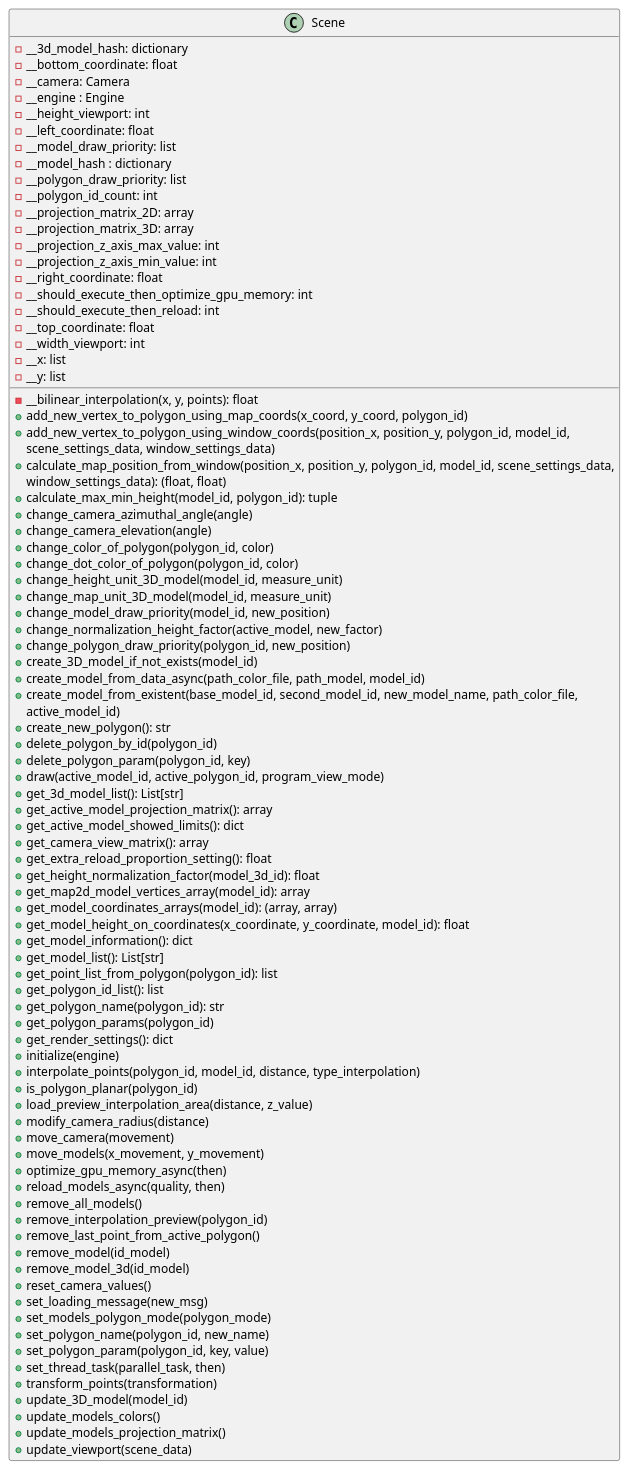
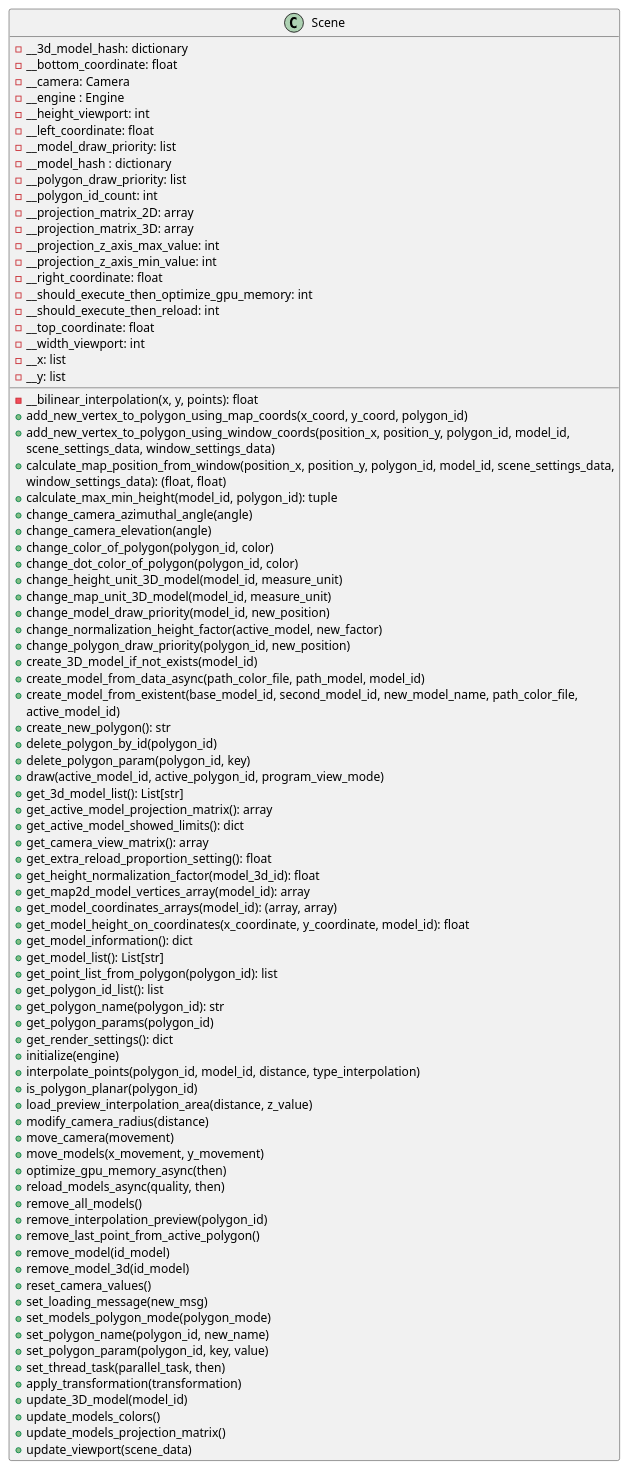
The diagram in docs/classes/Scene.puml (SergioAlvarezM/Proyecto_de_Memoria), drawn with PlantUML before and after one commit. The commit also changed 10 other files, not shown here.

Commit message:
Refactor transform_points method to apply_transformation.

```diff
--- a/docs/classes/Scene.puml
+++ b/docs/classes/Scene.puml
@@ -1,91 +1,91 @@
 @startuml
             class Scene{
                 - __bilinear_interpolation(x, y, points): float
                 + add_new_vertex_to_polygon_using_map_coords(x_coord, y_coord, polygon_id)
                 + add_new_vertex_to_polygon_using_window_coords(position_x, position_y, polygon_id, model_id,
                                                                 scene_settings_data, window_settings_data)
                 + calculate_map_position_from_window(position_x, position_y, polygon_id, model_id, scene_settings_data,
                                                        window_settings_data): (float, float)
                 + calculate_max_min_height(model_id, polygon_id): tuple
                 + change_camera_azimuthal_angle(angle)
                 + change_camera_elevation(angle)
                 + change_color_of_polygon(polygon_id, color)
                 + change_dot_color_of_polygon(polygon_id, color)
                 + change_height_unit_3D_model(model_id, measure_unit)
                 + change_map_unit_3D_model(model_id, measure_unit)
                 + change_model_draw_priority(model_id, new_position)
                 + change_normalization_height_factor(active_model, new_factor)
                 + change_polygon_draw_priority(polygon_id, new_position)
                 + create_3D_model_if_not_exists(model_id)
                 + create_model_from_data_async(path_color_file, path_model, model_id)
                 + create_model_from_existent(base_model_id, second_model_id, new_model_name, path_color_file,
                                               active_model_id)
                 + create_new_polygon(): str
                 + delete_polygon_by_id(polygon_id)
                 + delete_polygon_param(polygon_id, key)
                 + draw(active_model_id, active_polygon_id, program_view_mode)
                 + get_3d_model_list(): List[str]
                 + get_active_model_projection_matrix(): array
                 + get_active_model_showed_limits(): dict
                 + get_camera_view_matrix(): array
                 + get_extra_reload_proportion_setting(): float
                 + get_height_normalization_factor(model_3d_id): float
                 + get_map2d_model_vertices_array(model_id): array
                 + get_model_coordinates_arrays(model_id): (array, array)
                 + get_model_height_on_coordinates(x_coordinate, y_coordinate, model_id): float
                 + get_model_information(): dict
                 + get_model_list(): List[str]
                 + get_point_list_from_polygon(polygon_id): list
                 + get_polygon_id_list(): list
                 + get_polygon_name(polygon_id): str
                 + get_polygon_params(polygon_id)
                 + get_render_settings(): dict
                 + initialize(engine)
                 + interpolate_points(polygon_id, model_id, distance, type_interpolation)
                 + is_polygon_planar(polygon_id)
                 + load_preview_interpolation_area(distance, z_value)
                 + modify_camera_radius(distance)
                 + move_camera(movement)
                 + move_models(x_movement, y_movement)
                 + optimize_gpu_memory_async(then)
                 + reload_models_async(quality, then)
                 + remove_all_models()
                 + remove_interpolation_preview(polygon_id)
                 + remove_last_point_from_active_polygon()
                 + remove_model(id_model)
                 + remove_model_3d(id_model)
                 + reset_camera_values()
                 + set_loading_message(new_msg)
                 + set_models_polygon_mode(polygon_mode)
                 + set_polygon_name(polygon_id, new_name)
                 + set_polygon_param(polygon_id, key, value)
                 + set_thread_task(parallel_task, then)
-                + transform_points(transformation)
+                + apply_transformation(transformation)
                 + update_3D_model(model_id)
                 + update_models_colors()
                 + update_models_projection_matrix()
                 + update_viewport(scene_data)
 
                 - __3d_model_hash: dictionary
                 - __bottom_coordinate: float
                 - __camera: Camera
                 - __engine : Engine
                 - __height_viewport: int
                 - __left_coordinate: float
                 - __model_draw_priority: list
                 - __model_hash : dictionary
                 - __polygon_draw_priority: list
                 - __polygon_id_count: int
                 - __projection_matrix_2D: array
                 - __projection_matrix_3D: array
                 - __projection_z_axis_max_value: int
                 - __projection_z_axis_min_value: int
                 - __right_coordinate: float
                 - __should_execute_then_optimize_gpu_memory: int
                 - __should_execute_then_reload: int
                 - __top_coordinate: float
                 - __width_viewport: int
                 - __x: list
                 - __y: list
             }
 @enduml
```
